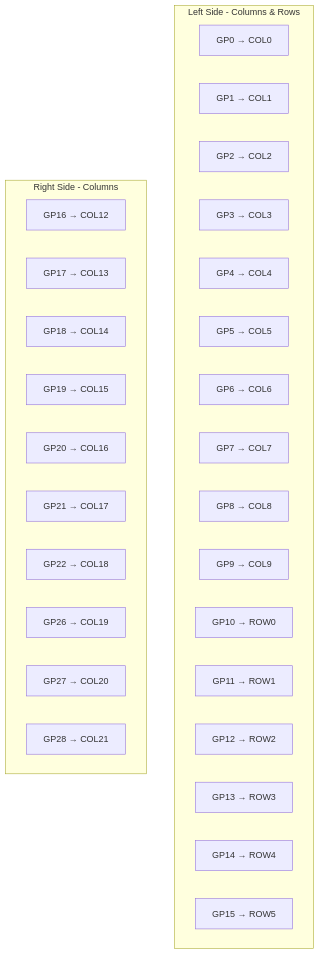
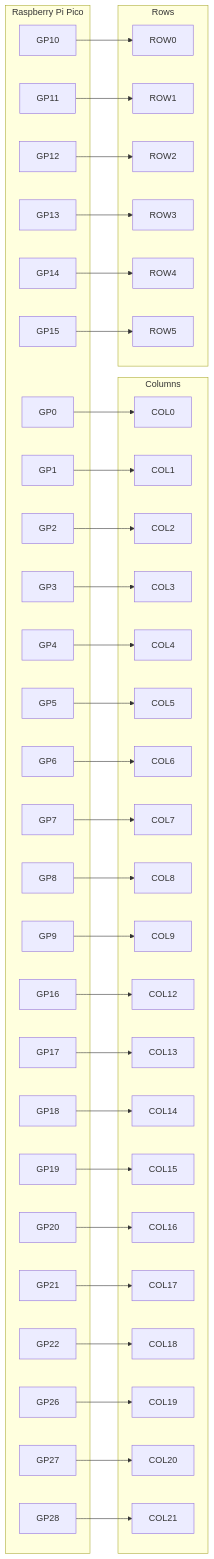
Before and after one commit to roshbhatia/terminus-est: the diagram in README.md, drawn with Mermaid.

Commit message:
revamp readme

````diff
--- a/README.md
+++ b/README.md
@@ -55,34 +55,91 @@
 ```mermaid
-graph TB
-    subgraph Left["Left Side - Columns & Rows"]
-        L1["GP0 → COL0"]
-        L2["GP1 → COL1"]
-        L3["GP2 → COL2"]
-        L4["GP3 → COL3"]
-        L5["GP4 → COL4"]
-        L6["GP5 → COL5"]
-        L7["GP6 → COL6"]
-        L8["GP7 → COL7"]
-        L9["GP8 → COL8"]
-        L10["GP9 → COL9"]
-        L11["GP10 → ROW0"]
-        L12["GP11 → ROW1"]
-        L13["GP12 → ROW2"]
-        L14["GP13 → ROW3"]
-        L15["GP14 → ROW4"]
-        L16["GP15 → ROW5"]
+graph LR
+    subgraph Columns["Columns"]
+        COL0["COL0"]
+        COL1["COL1"]
+        COL2["COL2"]
+        COL3["COL3"]
+        COL4["COL4"]
+        COL5["COL5"]
+        COL6["COL6"]
+        COL7["COL7"]
+        COL8["COL8"]
+        COL9["COL9"]
+        COL12["COL12"]
+        COL13["COL13"]
+        COL14["COL14"]
+        COL15["COL15"]
+        COL16["COL16"]
+        COL17["COL17"]
+        COL18["COL18"]
+        COL19["COL19"]
+        COL20["COL20"]
+        COL21["COL21"]
     end
 
-    subgraph Right["Right Side - Columns"]
-        R1["GP16 → COL12"]
-        R2["GP17 → COL13"]
-        R3["GP18 → COL14"]
-        R4["GP19 → COL15"]
-        R5["GP20 → COL16"]
-        R6["GP21 → COL17"]
-        R7["GP22 → COL18"]
-        R8["GP26 → COL19"]
-        R9["GP27 → COL20"]
-        R10["GP28 → COL21"]
+    subgraph RPi["Raspberry Pi Pico"]
+        GP0["GP0"]
+        GP1["GP1"]
+        GP2["GP2"]
+        GP3["GP3"]
+        GP4["GP4"]
+        GP5["GP5"]
+        GP6["GP6"]
+        GP7["GP7"]
+        GP8["GP8"]
+        GP9["GP9"]
+        GP10["GP10"]
+        GP11["GP11"]
+        GP12["GP12"]
+        GP13["GP13"]
+        GP14["GP14"]
+        GP15["GP15"]
+        GP16["GP16"]
+        GP17["GP17"]
+        GP18["GP18"]
+        GP19["GP19"]
+        GP20["GP20"]
+        GP21["GP21"]
+        GP22["GP22"]
+        GP26["GP26"]
+        GP27["GP27"]
+        GP28["GP28"]
     end
+
+    subgraph Rows["Rows"]
+        ROW0["ROW0"]
+        ROW1["ROW1"]
+        ROW2["ROW2"]
+        ROW3["ROW3"]
+        ROW4["ROW4"]
+        ROW5["ROW5"]
+    end
+
+    GP0 --> COL0
+    GP1 --> COL1
+    GP2 --> COL2
+    GP3 --> COL3
+    GP4 --> COL4
+    GP5 --> COL5
+    GP6 --> COL6
+    GP7 --> COL7
+    GP8 --> COL8
+    GP9 --> COL9
+    GP16 --> COL12
+    GP17 --> COL13
+    GP18 --> COL14
+    GP19 --> COL15
+    GP20 --> COL16
+    GP21 --> COL17
+    GP22 --> COL18
+    GP26 --> COL19
+    GP27 --> COL20
+    GP28 --> COL21
+
+    GP10 --> ROW0
+    GP11 --> ROW1
+    GP12 --> ROW2
+    GP13 --> ROW3
+    GP14 --> ROW4
+    GP15 --> ROW5
 ```
````
